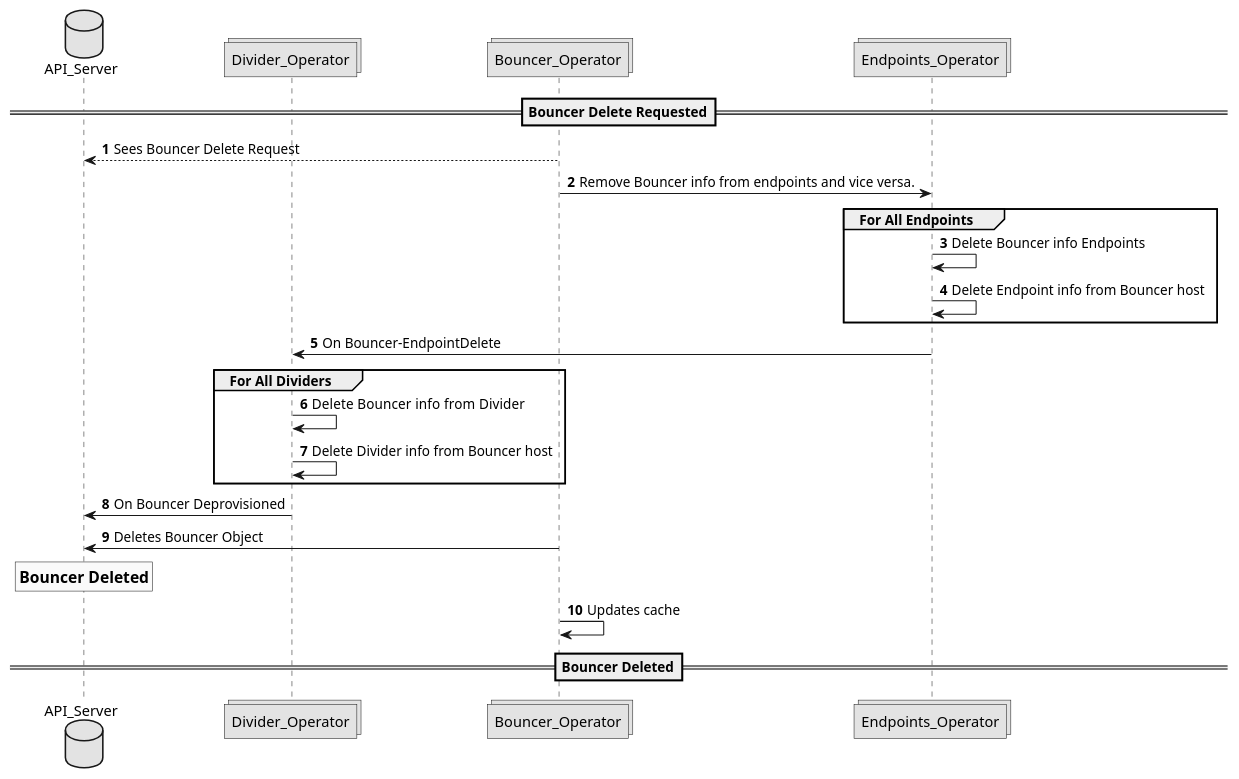
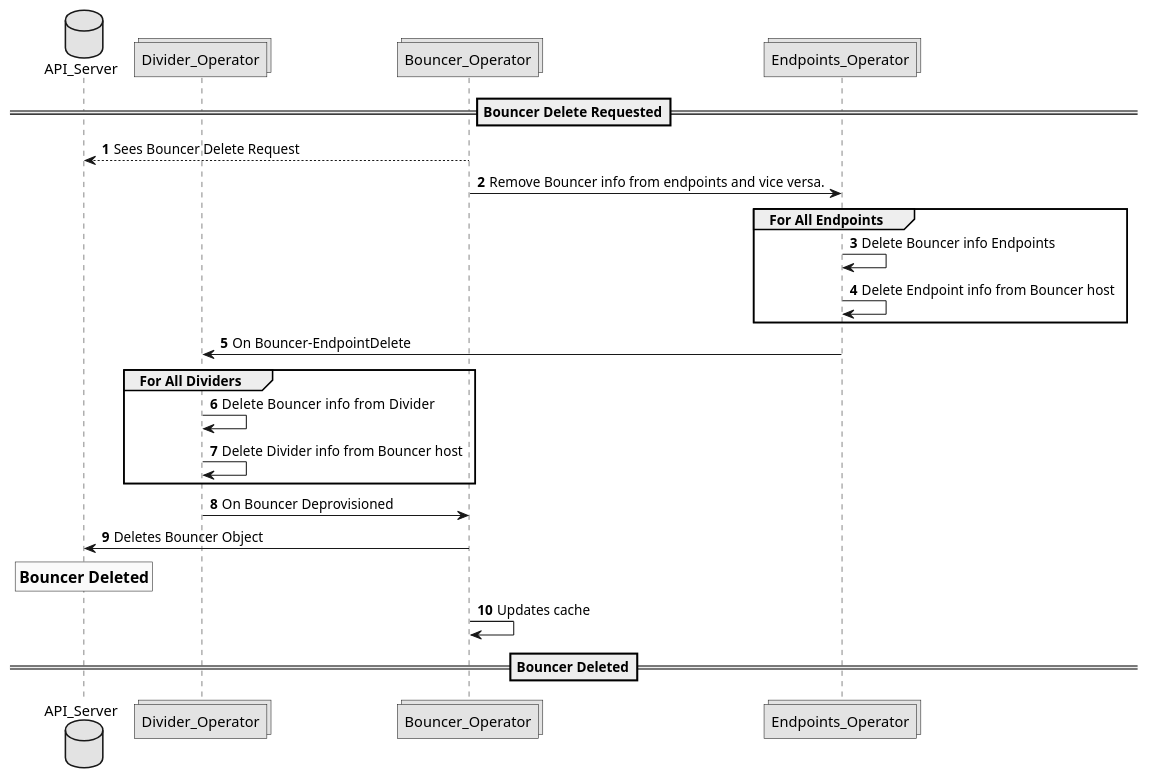
The diagram in docs/design/puml/delete_bouncer_workflow.puml (CentaurusInfra/mizar), drawn with PlantUML before and after one commit. The commit also changed 3 other files, not shown here.

```diff
--- a/docs/design/puml/delete_bouncer_workflow.puml
+++ b/docs/design/puml/delete_bouncer_workflow.puml
@@ -1,28 +1,28 @@
 @startuml
 
 skinparam monochrome true
 autonumber
 
 database API_Server
 collections Divider_Operator
 collections Bouncer_Operator
 collections Endpoints_Operator
 
 ==Bouncer Delete Requested==
 Bouncer_Operator --> API_Server: Sees Bouncer Delete Request
 Bouncer_Operator -> Endpoints_Operator: Remove Bouncer info from endpoints and vice versa.
 group For All Endpoints
 Endpoints_Operator -> Endpoints_Operator: Delete Bouncer info Endpoints
 Endpoints_Operator -> Endpoints_Operator: Delete Endpoint info from Bouncer host
 end
 Endpoints_Operator -> Divider_Operator: On Bouncer-EndpointDelete
 group For All Dividers
 Divider_Operator -> Divider_Operator: Delete  Bouncer info from Divider
 Divider_Operator -> Divider_Operator: Delete Divider info from Bouncer host
 end
-Divider_Operator -> API_Server: On Bouncer Deprovisioned
+Divider_Operator -> Bouncer_Operator: On Bouncer Deprovisioned
 Bouncer_Operator -> API_Server: Deletes Bouncer Object
 rnote over API_Server: == Bouncer Deleted
 Bouncer_Operator -> Bouncer_Operator: Updates cache
 ==Bouncer Deleted==
 @enduml
```
